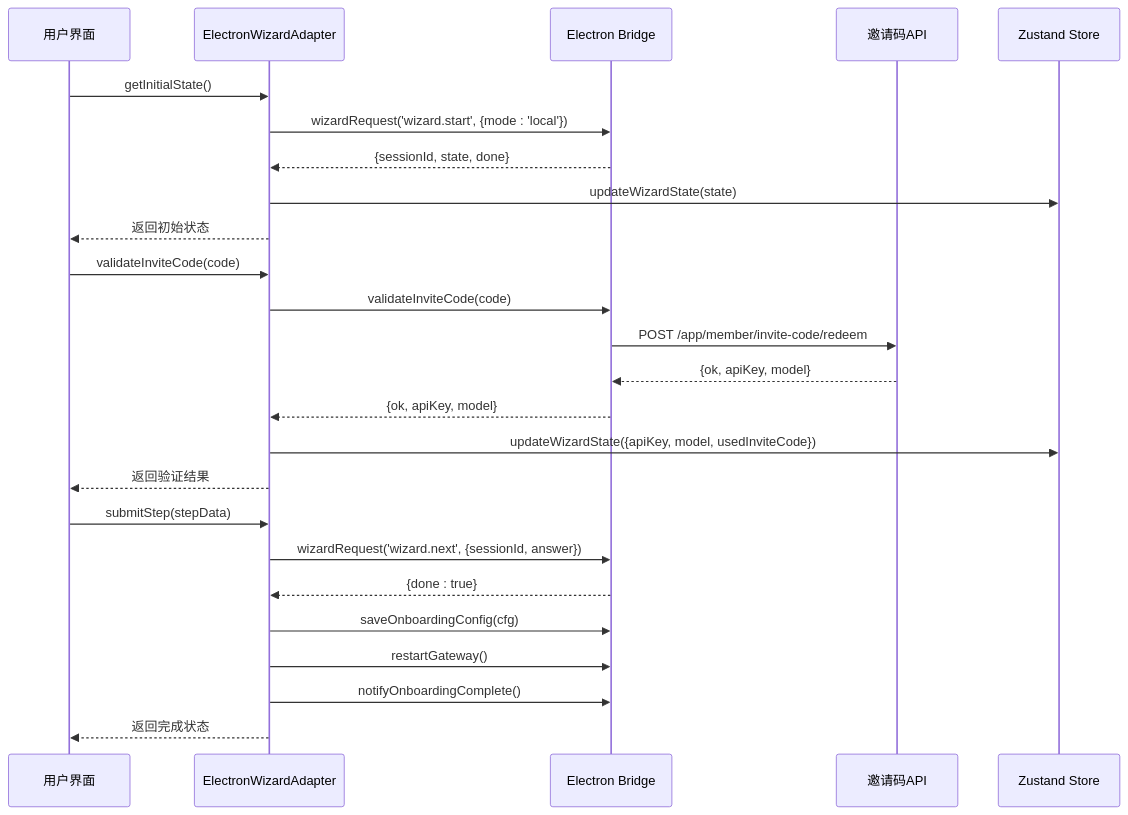
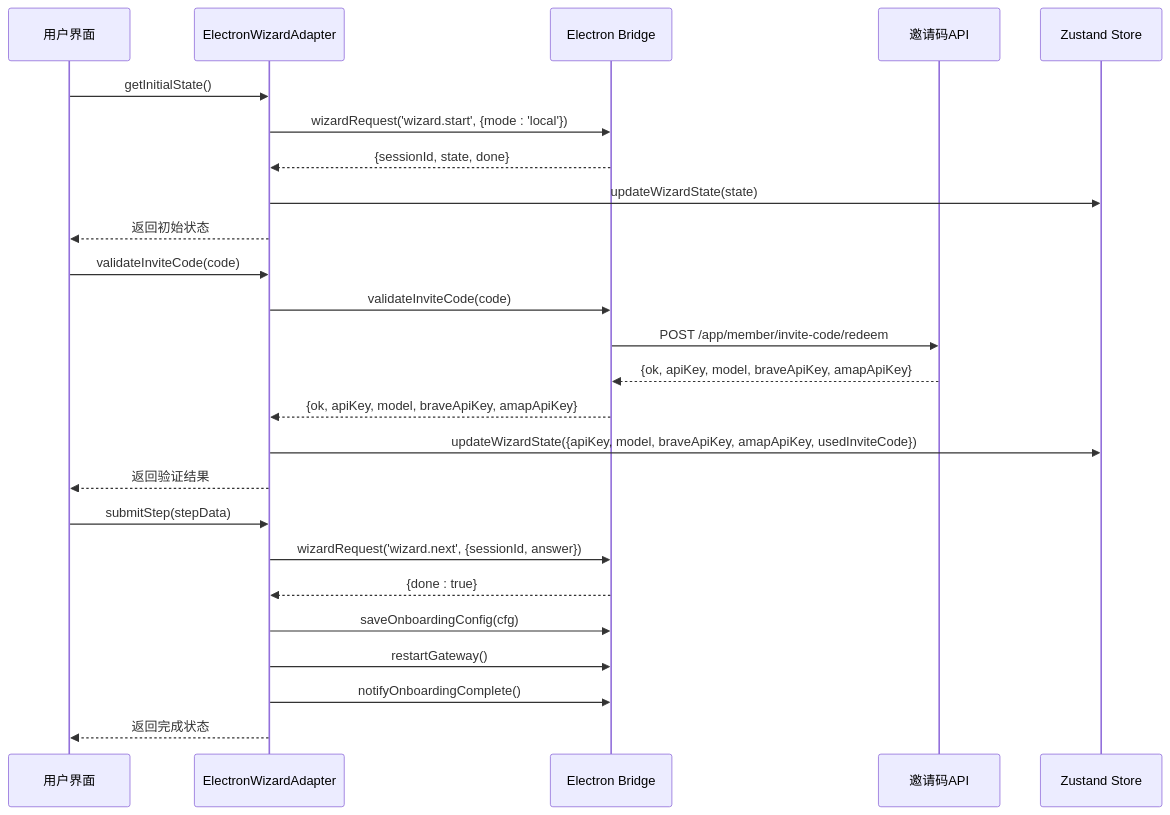
One commit to verse-ai-org/openclaw changed the fifth of 11 diagrams in .qoder/repowiki/zh/content/设置向导适配器.md. Above: the diagram before and after it, drawn with Mermaid. The commit also changed other lines of this file and 7 other files, not shown here.

````diff
--- a/.qoder/repowiki/zh/content/设置向导适配器.md
+++ b/.qoder/repowiki/zh/content/设置向导适配器.md
@@ -263,27 +292,27 @@
 ```mermaid
 sequenceDiagram
 participant UI as 用户界面
 participant Adapter as ElectronWizardAdapter
 participant Bridge as Electron Bridge
 participant InviteAPI as 邀请码API
 participant Store as Zustand Store
 UI->>Adapter : getInitialState()
 Adapter->>Bridge : wizardRequest('wizard.start', {mode : 'local'})
 Bridge-->>Adapter : {sessionId, state, done}
 Adapter->>Store : updateWizardState(state)
 Adapter-->>UI : 返回初始状态
 UI->>Adapter : validateInviteCode(code)
 Adapter->>Bridge : validateInviteCode(code)
 Bridge->>InviteAPI : POST /app/member/invite-code/redeem
-InviteAPI-->>Bridge : {ok, apiKey, model}
-Bridge-->>Adapter : {ok, apiKey, model}
-Adapter->>Store : updateWizardState({apiKey, model, usedInviteCode})
+InviteAPI-->>Bridge : {ok, apiKey, model, braveApiKey, amapApiKey}
+Bridge-->>Adapter : {ok, apiKey, model, braveApiKey, amapApiKey}
+Adapter->>Store : updateWizardState({apiKey, model, braveApiKey, amapApiKey, usedInviteCode})
 Adapter-->>UI : 返回验证结果
 UI->>Adapter : submitStep(stepData)
 Adapter->>Bridge : wizardRequest('wizard.next', {sessionId, answer})
 Bridge-->>Adapter : {done : true}
 Adapter->>Bridge : saveOnboardingConfig(cfg)
 Adapter->>Bridge : restartGateway()
 Adapter->>Bridge : notifyOnboardingComplete()
 Adapter-->>UI : 返回完成状态
 ```
````
